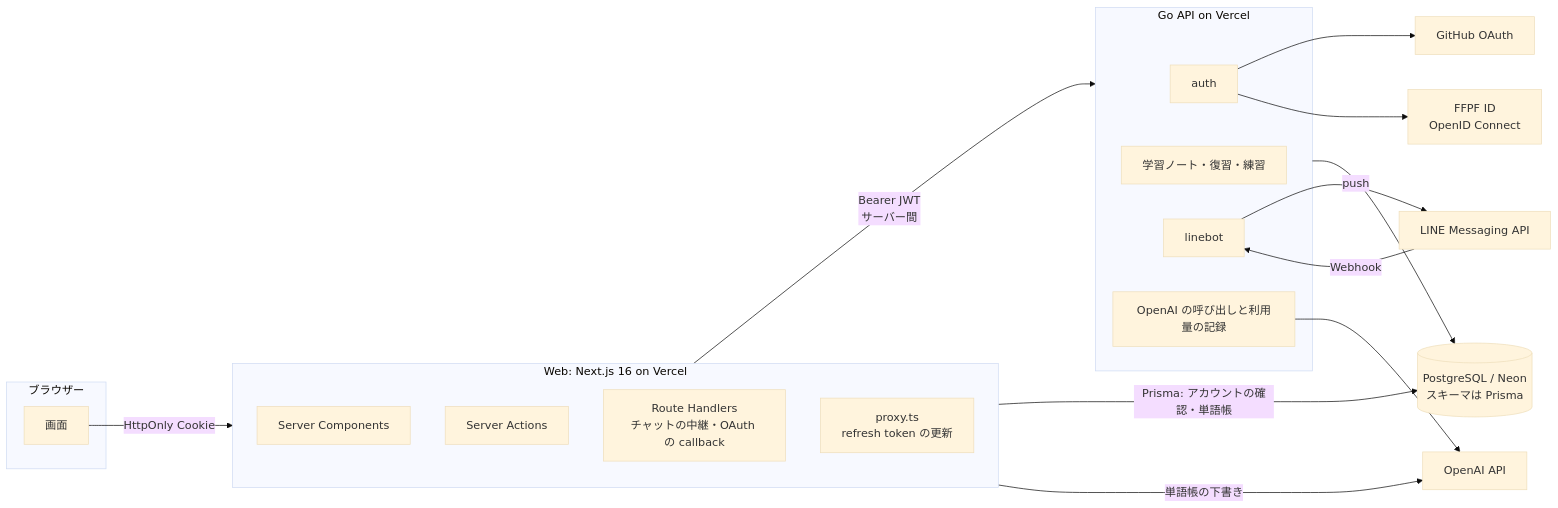
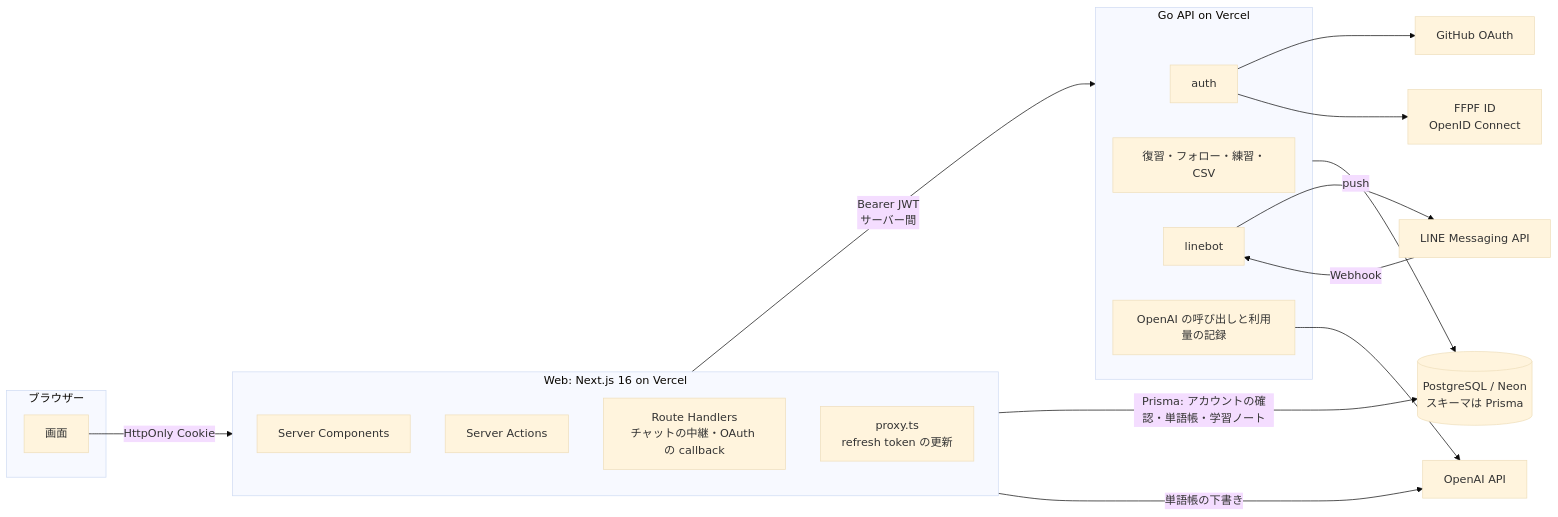
Before and after one commit to Sparklingstadt/ffpf-zhuelog: the first of 2 diagrams in docs/architecture.md, drawn with Mermaid (base theme). The commit also changed other lines of this file and 84 other files, not shown here.

First line of the commit message:
refactor: Go 廃止の段階 2 — 学習ノート・ゴミ箱・共有・カレンダーを Web で読み書きする (#169)

````diff
--- a/docs/architecture.md
+++ b/docs/architecture.md
@@ -7,34 +7,34 @@
 ```mermaid
 flowchart LR
   subgraph Browser[ブラウザー]
     UI[画面]
   end
   subgraph Web[Web: Next.js 16 on Vercel]
     RSC[Server Components]
     SA[Server Actions]
     RH[Route Handlers<br/>チャットの中継・OAuth の callback]
     PX[proxy.ts<br/>refresh token の更新]
   end
   subgraph API[Go API on Vercel]
     AUTH[auth]
-    DATA[学習ノート・復習・練習]
+    DATA[復習・フォロー・練習・CSV]
     LINEBOT[linebot]
     AI[OpenAI の呼び出しと利用量の記録]
   end
   DB[(PostgreSQL / Neon<br/>スキーマは Prisma)]
   OpenAI[OpenAI API]
   LINE[LINE Messaging API]
   GH[GitHub OAuth]
   FFPF[FFPF ID<br/>OpenID Connect]
 
   UI -->|HttpOnly Cookie| Web
   Web -->|Bearer JWT<br/>サーバー間| API
   API --> DB
-  Web -->|Prisma: アカウントの確認・単語帳| DB
+  Web -->|Prisma: アカウントの確認・単語帳・学習ノート| DB
   Web -->|単語帳の下書き| OpenAI
   AI --> OpenAI
   LINE -->|Webhook| LINEBOT
   LINEBOT -->|push| LINE
   AUTH --> GH
   AUTH --> FFPF
 ```
````
